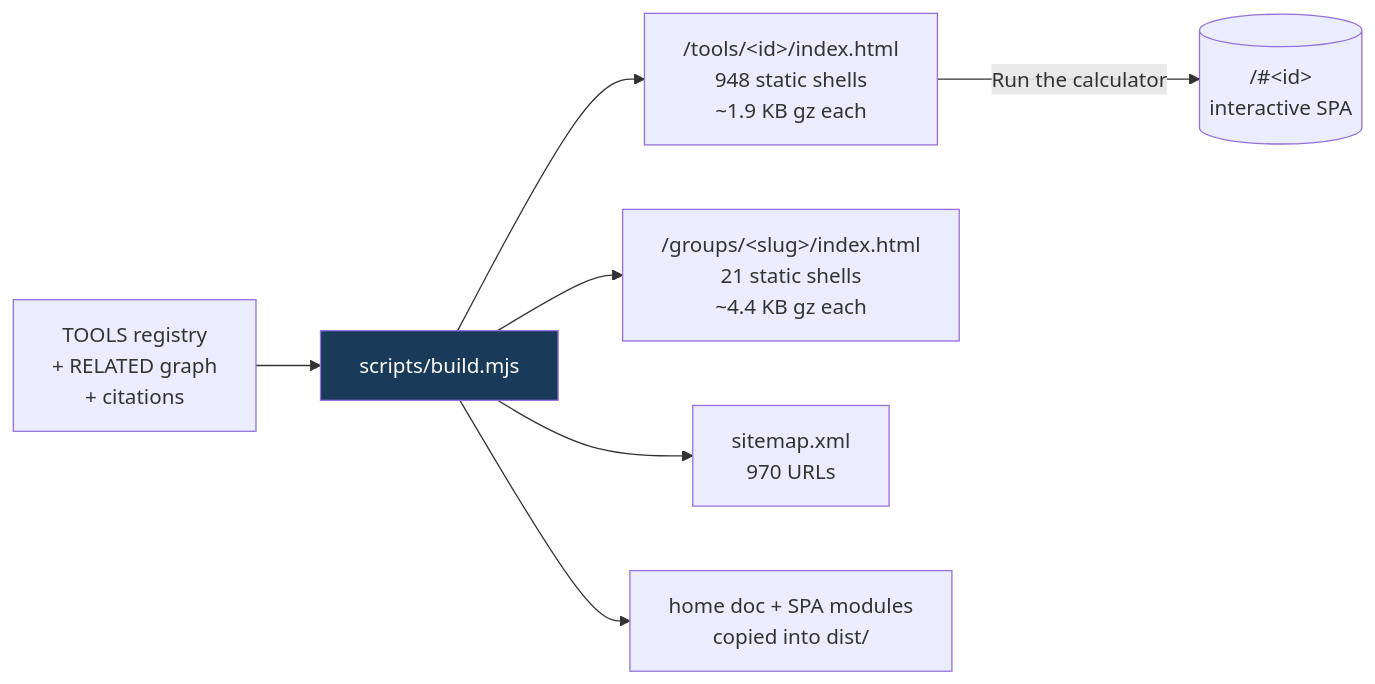
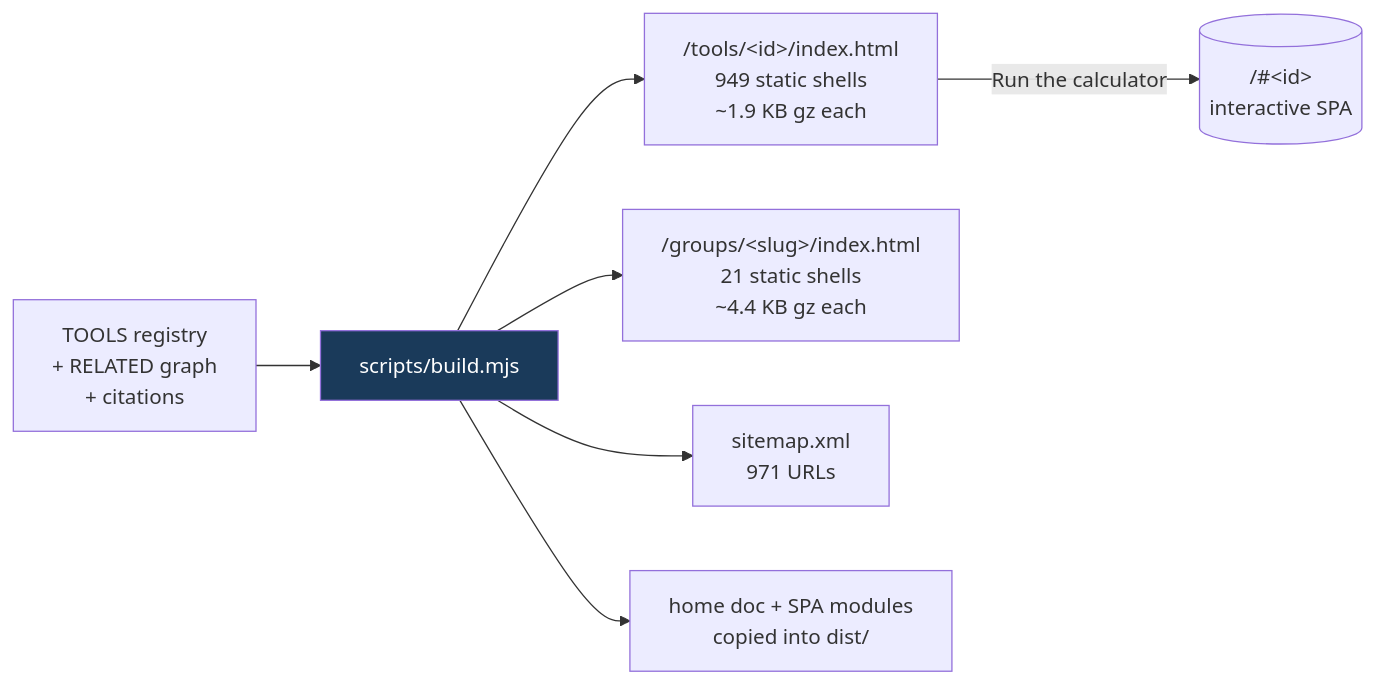
One commit to clay-good/roughlogic.com changed the fifth of 8 diagrams in README.md. Above: the diagram before and after it, drawn with Mermaid. The commit also changed other lines of this file and 12 other files, not shown here.

````diff
--- a/README.md
+++ b/README.md
@@ -495,10 +495,10 @@
 ```mermaid
 flowchart LR
     SRC[TOOLS registry\n+ RELATED graph\n+ citations] --> BUILD[scripts/build.mjs]
-    BUILD --> TILE["/tools/&lt;id&gt;/index.html\n948 static shells\n~1.9 KB gz each"]
+    BUILD --> TILE["/tools/&lt;id&gt;/index.html\n949 static shells\n~1.9 KB gz each"]
     BUILD --> GROUP["/groups/&lt;slug&gt;/index.html\n21 static shells\n~4.4 KB gz each"]
-    BUILD --> MAP["sitemap.xml\n970 URLs"]
+    BUILD --> MAP["sitemap.xml\n971 URLs"]
     BUILD --> COPY[home doc + SPA modules\ncopied into dist/]
     TILE -->|Run the calculator| SPA[("/#&lt;id&gt;\ninteractive SPA")]
     style BUILD fill:#1a3a5a,color:#fff
 ```
````
